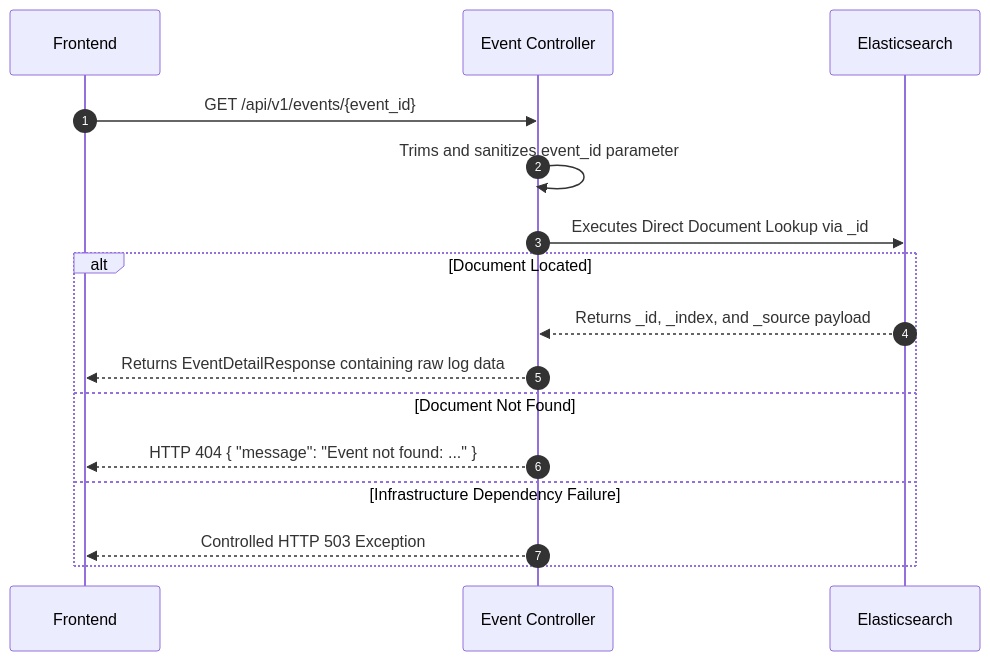
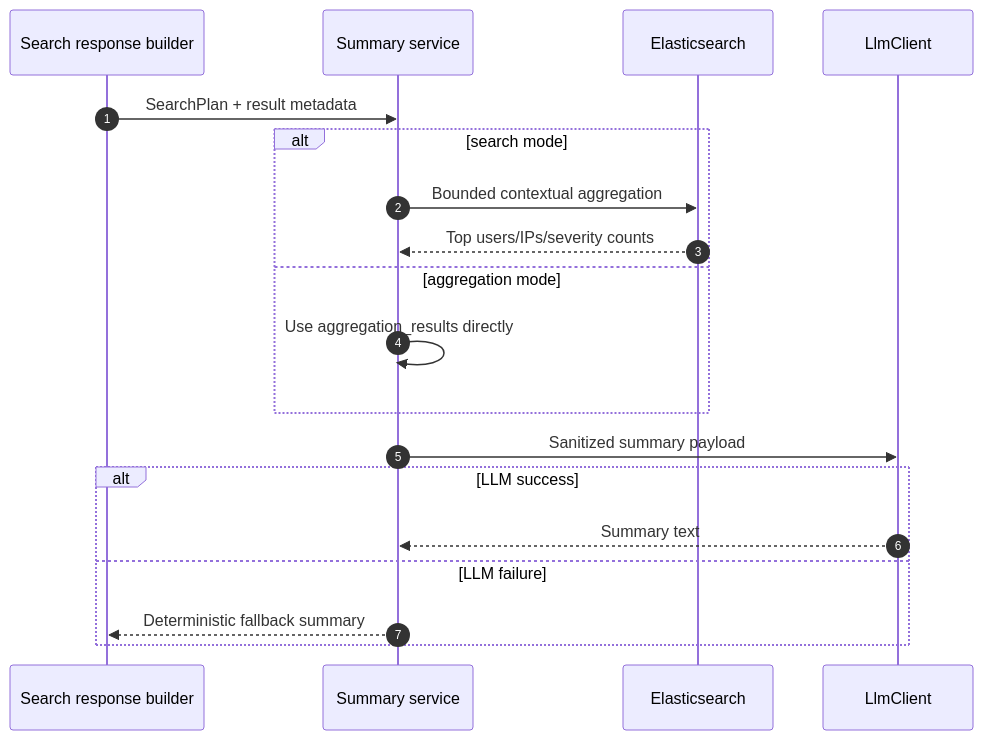
The sixth of 12 diagrams in docs/sequence-flow.md (PhamVanMinhBinhThuan/soc-ai-search), drawn with Mermaid before and after one commit. The commit also changed other lines of this file and 8 other files, not shown here.

````diff
--- a/docs/sequence-flow.md
+++ b/docs/sequence-flow.md
@@ -239,20 +154,25 @@
 ```mermaid
 sequenceDiagram
     autonumber
-    participant FE as Frontend
-    participant API as Event Controller
+    participant Search as Search response builder
+    participant Summary as Summary service
     participant ES as Elasticsearch
+    participant LLM as LlmClient
 
-    FE->>API: GET /api/v1/events/{event_id}
-    API->>API: Trims and sanitizes event_id parameter
-    API->>ES: Executes Direct Document Lookup via _id
+    Search->>Summary: SearchPlan + result metadata
 
-    alt Document Located
-        ES-->>API: Returns _id, _index, and _source payload
-        API-->>FE: Returns EventDetailResponse containing raw log data
-    else Document Not Found
-        API-->>FE: HTTP 404 { "message": "Event not found: ..." }
-    else Infrastructure Dependency Failure
-        API-->>FE: Controlled HTTP 503 Exception
+    alt search mode
+        Summary->>ES: Bounded contextual aggregation
+        ES-->>Summary: Top users/IPs/severity counts
+    else aggregation mode
+        Summary->>Summary: Use aggregation_results directly
+    end
+
+    Summary->>LLM: Sanitized summary payload
+
+    alt LLM success
+        LLM-->>Summary: Summary text
+    else LLM failure
+        Summary-->>Search: Deterministic fallback summary
     end
 ```
````
